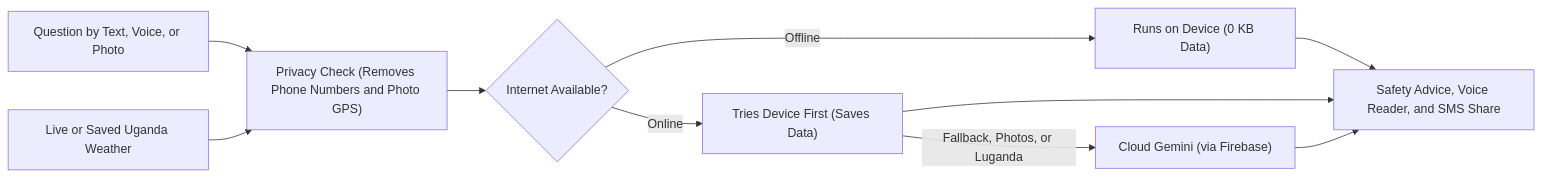
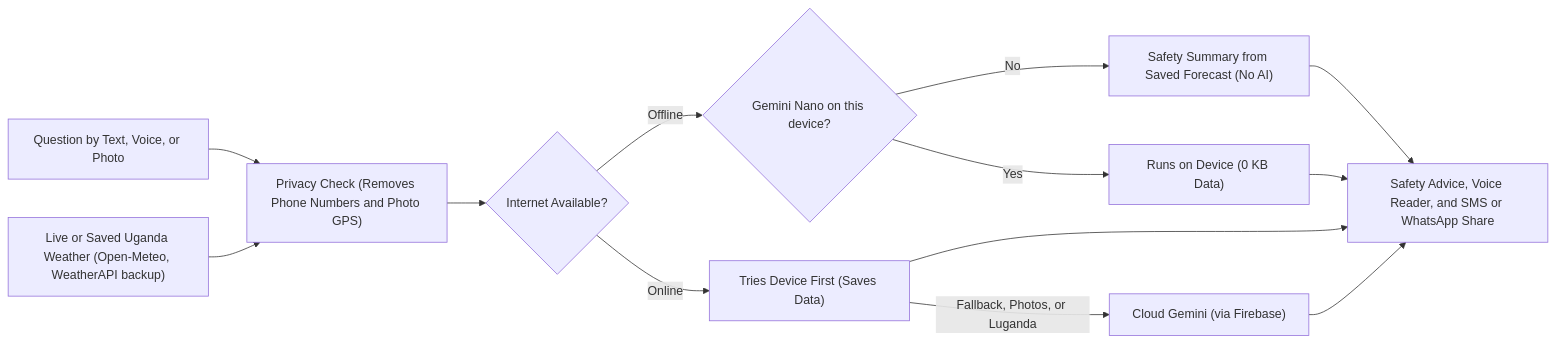
One commit to MarkDanielsMCraft/Uganda-Weather-Hybrid changed the diagram in README.md. Above: the diagram before and after it, drawn with Mermaid. The commit also changed other lines of this file and 6 other files, not shown here.

````diff
--- a/README.md
+++ b/README.md
@@ -53,12 +53,15 @@
 ```mermaid
 flowchart LR
   User["Question by Text, Voice, or Photo"] --> Clean["Privacy Check (Removes Phone Numbers and Photo GPS)"]
-  Weather["Live or Saved Uganda Weather"] --> Clean
+  Weather["Live or Saved Uganda Weather (Open-Meteo, WeatherAPI backup)"] --> Clean
   Clean --> Router{"Internet Available?"}
-  Router -->|"Offline"| PhoneOnly["Runs on Device (0 KB Data)"]
+  Router -->|"Offline"| HasNano{"Gemini Nano on this device?"}
+  HasNano -->|"Yes"| PhoneOnly["Runs on Device (0 KB Data)"]
+  HasNano -->|"No"| Saved["Safety Summary from Saved Forecast (No AI)"]
+  Saved --> Reply
   Router -->|"Online"| PhoneFirst["Tries Device First (Saves Data)"]
   PhoneFirst -->|"Fallback, Photos, or Luganda"| Cloud["Cloud Gemini (via Firebase)"]
-  PhoneOnly --> Reply["Safety Advice, Voice Reader, and SMS Share"]
+  PhoneOnly --> Reply["Safety Advice, Voice Reader, and SMS or WhatsApp Share"]
   PhoneFirst --> Reply
   Cloud --> Reply
 ```
````
